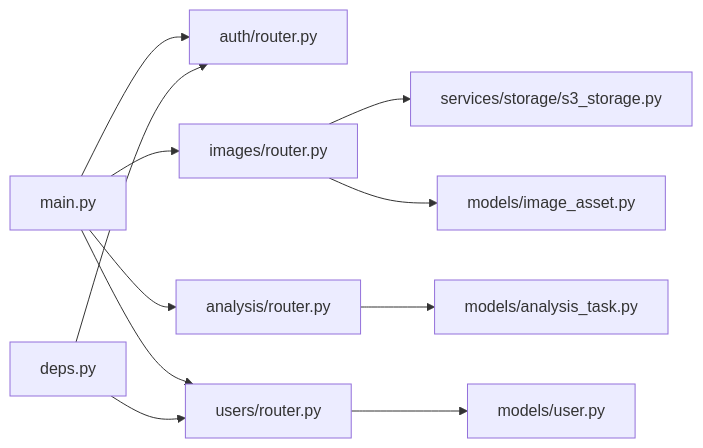
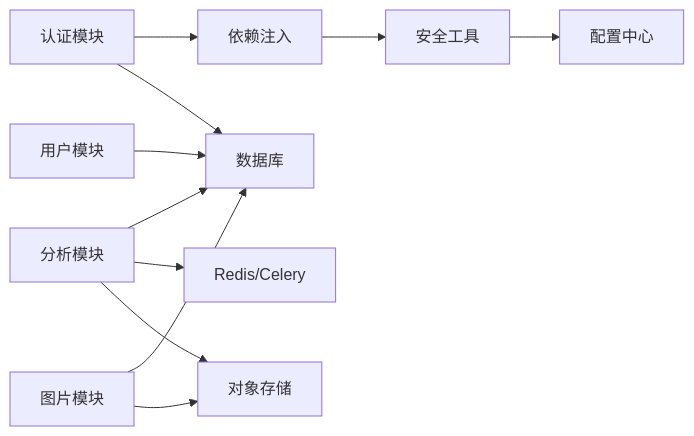
The seventh of 7 diagrams in .qoder/repowiki/zh/content/后端API文档/后端API文档.md (selectzhangyuan/AI-photo-coach), drawn with Mermaid before and after one commit. The commit also changed other lines of this file and 128 other files, not shown here.

````diff
--- a/.qoder/repowiki/zh/content/后端API文档/后端API文档.md
+++ b/.qoder/repowiki/zh/content/后端API文档/后端API文档.md
@@ -318,13 +341,13 @@
 ```mermaid
 graph LR
-Main["main.py"] --> AuthR["auth/router.py"]
-Main --> ImgR["images/router.py"]
-Main --> AnaR["analysis/router.py"]
-Main --> UserR["users/router.py"]
-Deps["deps.py"] --> AuthR
-Deps --> UserR
-ImgR --> S3["services/storage/s3_storage.py"]
-AnaR --> AT["models/analysis_task.py"]
-UserR --> UM["models/user.py"]
-ImgR --> IAM["models/image_asset.py"]
+AUTH["认证模块"] --> DEPS["依赖注入"]
+AUTH --> DB["数据库"]
+ANALYSIS["分析模块"] --> DB
+ANALYSIS --> REDIS["Redis/Celery"]
+ANALYSIS --> S3["对象存储"]
+IMAGES["图片模块"] --> DB
+IMAGES --> S3
+USERS["用户模块"] --> DB
+DEPS --> SEC["安全工具"]
+SEC --> CFG["配置中心"]
 ```
````
